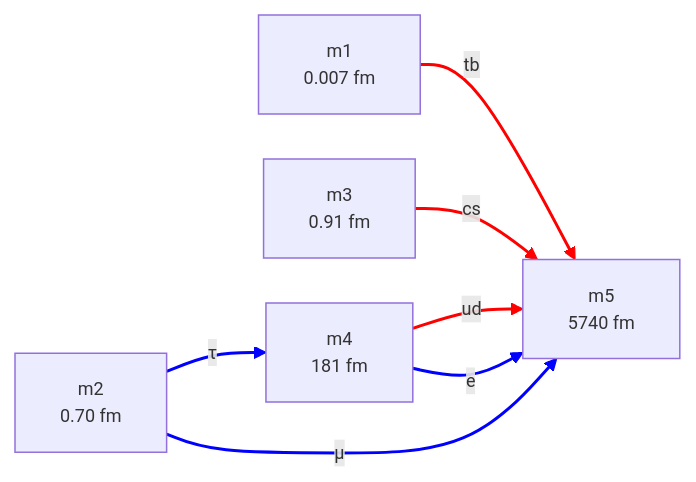
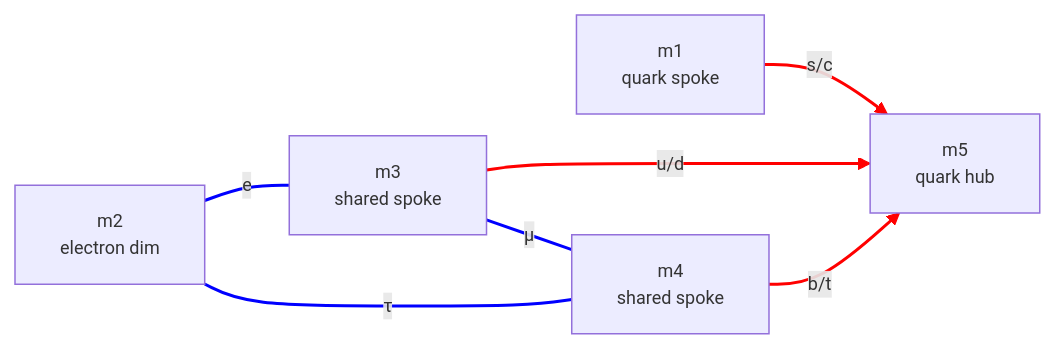
One commit to gotchoices/forma changed the second of 3 diagrams in projects/ma-domain/work/cand-QY-ED.md. Above: the diagram before and after it, drawn with Mermaid. The commit also changed other lines of this file and 9 other files, not shown here.

Commit message:
Solve for various Wye/Delta patterns

````diff
--- a/projects/ma-domain/work/cand-QY-ED.md
+++ b/projects/ma-domain/work/cand-QY-ED.md
@@ -20,22 +76,19 @@
 ```mermaid
-%%{init: { "flowchart": { "nodeSpacing": 30, "rankSpacing": 55, "curve": "basis" }, "themeVariables": { "fontSize": "12px" } } }%%
+%%{init: { "flowchart": { "nodeSpacing": 28, "rankSpacing": 50, "curve": "basis" }, "themeVariables": { "fontSize": "12px" } } }%%
 graph LR
-    m1["m1<br/>0.007 fm"]
-    m2["m2<br/>0.70 fm"]
-    m3["m3<br/>0.91 fm"]
-    m4["m4<br/>181 fm"]
-    m5["m5<br/>5740 fm"]
+    m1["m1<br/>quark spoke"]
+    m5["m5<br/>quark hub"]
+    m3["m3<br/>shared spoke"]
+    m4["m4<br/>shared spoke"]
+    m2["m2<br/>electron dim"]
 
-    %% --- quark wye (red): three rings → common hub m5 ---
-    m1 ==>|tb| m5
-    m3 ==>|cs| m5
-    m4 ==>|ud| m5
-
-    %% --- electron delta (blue): triangle on m2, m4, m5 ---
-    m2 ==>|τ| m4
-    m2 ==>|μ| m5
-    m4 ==>|e| m5
+    m1 ==>|s/c| m5
+    m3 ==>|u/d| m5
+    m4 ==>|b/t| m5
+    m2 ===|e| m3
+    m2 ===|τ| m4
+    m3 ===|μ| m4
 
     linkStyle 0,1,2 stroke:red,stroke-width:2px
     linkStyle 3,4,5 stroke:blue,stroke-width:2px
 ```
````
